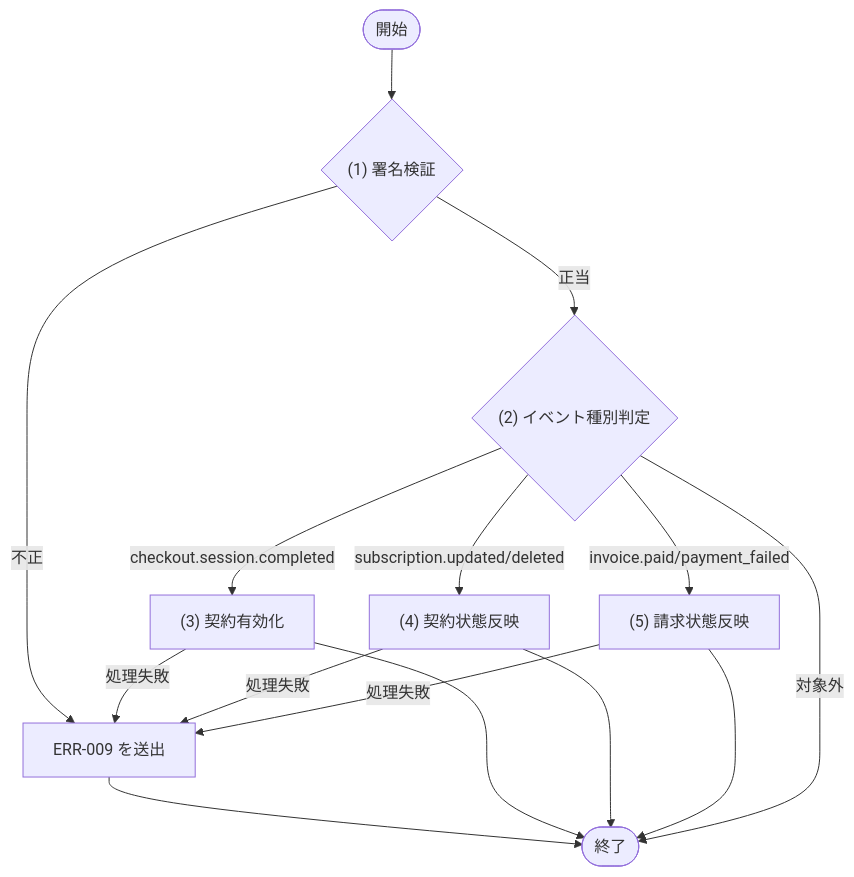
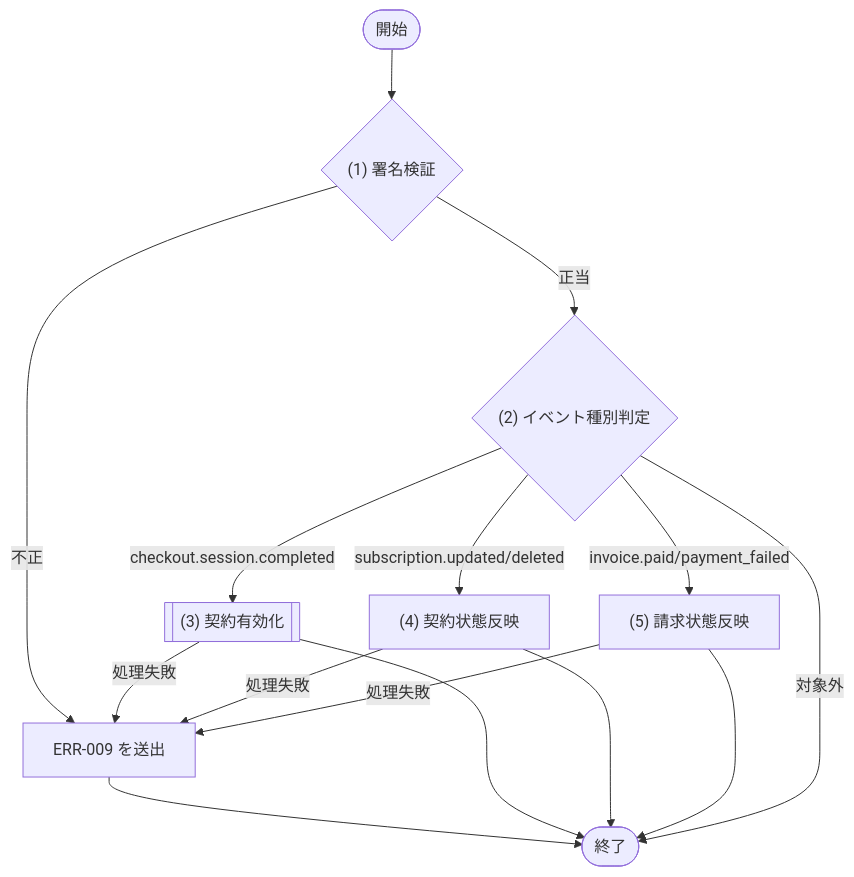
One commit to sikakou54/system-document-template changed the third of 6 diagrams in docs/03_機能設計/05_モジュール設計/MOD-007_課金サービス.md. Above: the diagram before and after it, drawn with Mermaid. The commit also changed other lines of this file and 28 other files, not shown here.

````diff
--- a/docs/03_機能設計/05_モジュール設計/MOD-007_課金サービス.md
+++ b/docs/03_機能設計/05_モジュール設計/MOD-007_課金サービス.md
@@ -249,22 +249,22 @@
 ```mermaid
 flowchart TD
   Start([開始])
   D1{"(1) 署名検証"}
   D2{"(2) イベント種別判定"}
-  P1["(3) 契約有効化"]
+  P1[["(3) 契約有効化"]]
   P2["(4) 契約状態反映"]
   P3["(5) 請求状態反映"]
   E1["ERR-009 を送出"]
   End([終了])
 
   Start --> D1
   D1 -- "不正" --> E1 --> End
   D1 -- "正当" --> D2
   D2 -- "checkout.session.completed" --> P1 --> End
   D2 -- "subscription.updated/deleted" --> P2 --> End
   D2 -- "invoice.paid/payment_failed" --> P3 --> End
   D2 -- "対象外" --> End
   P1 -- "処理失敗" --> E1
   P2 -- "処理失敗" --> E1
   P3 -- "処理失敗" --> E1
 ```
````
